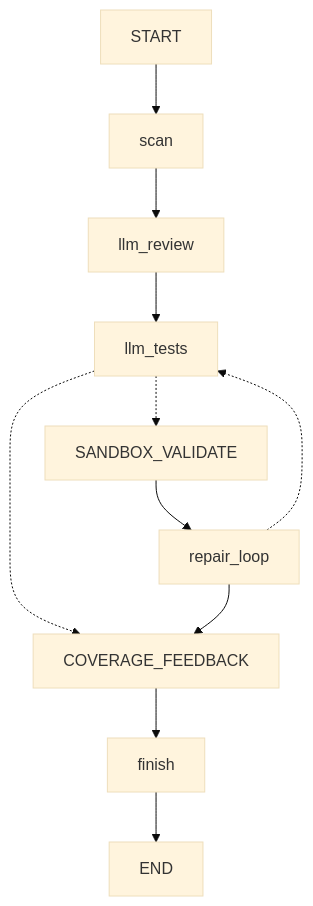
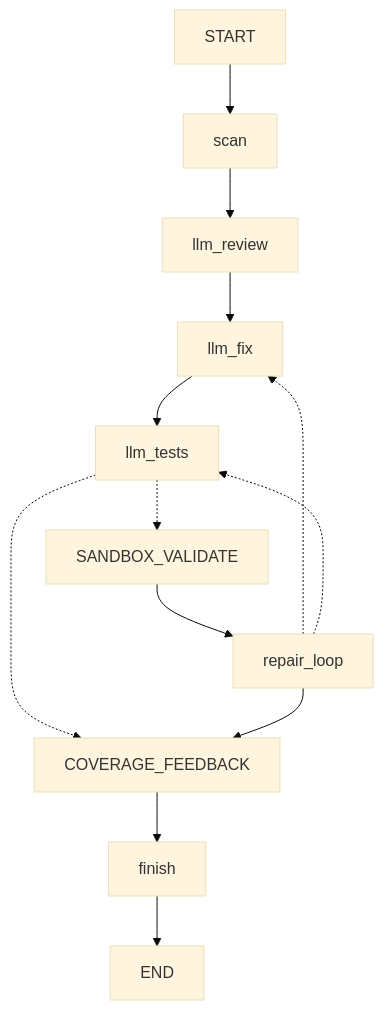
One commit to Isaacsen/cs599-project changed the diagram in docs/CS599_大作业报告.md. Above: the diagram before and after it, drawn with Mermaid (base theme). The commit also changed other lines of this file and 18 other files, not shown here.

````diff
--- a/docs/CS599_大作业报告.md
+++ b/docs/CS599_大作业报告.md
@@ -26,13 +26,15 @@
 ```mermaid
 graph TD
     START["START"] --> SCAN["scan"]
     SCAN --> LLM_REVIEW["llm_review"]
-    LLM_REVIEW --> LLM_TESTS["llm_tests"]
+    LLM_REVIEW --> LLM_FIX["llm_fix"]
+    LLM_FIX --> LLM_TESTS["llm_tests"]
     LLM_TESTS -.-> SANDBOX_VALIDATE
     LLM_TESTS -.-> COVERAGE_FEEDBACK
     SANDBOX_VALIDATE --> REPAIR_LOOP["repair_loop"]
+    REPAIR_LOOP -.-> LLM_FIX
     REPAIR_LOOP -.-> LLM_TESTS
     REPAIR_LOOP --> COVERAGE_FEEDBACK
     COVERAGE_FEEDBACK --> FINISH["finish"]
     FINISH --> END["END"]
 ```
````
